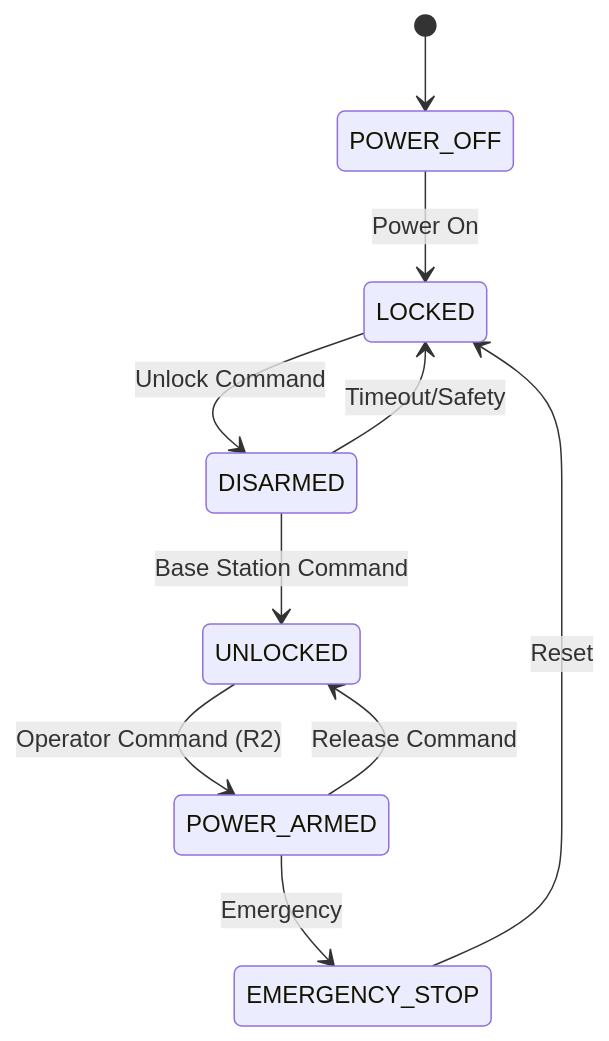
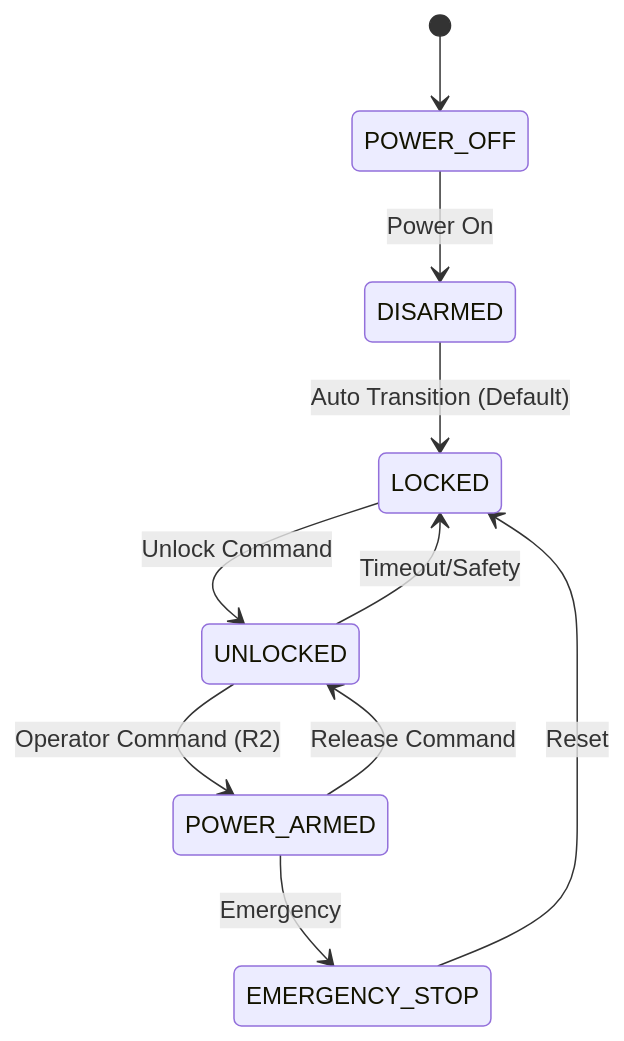
One commit to AryanRai/SIRI-Elec changed the third of 3 diagrams in README.md. Above: the diagram before and after it, drawn with Mermaid. The commit also changed other lines of this file and 4 other files, not shown here.

````diff
--- a/README.md
+++ b/README.md
@@ -298,12 +298,12 @@
 ```mermaid
 stateDiagram-v2
     [*] --> POWER_OFF
-    POWER_OFF --> LOCKED : Power On
-    LOCKED --> DISARMED : Unlock Command
-    DISARMED --> UNLOCKED : Base Station Command
-    DISARMED --> LOCKED : Timeout/Safety
+    POWER_OFF --> DISARMED : Power On
+    DISARMED --> LOCKED : Auto Transition (Default)
+    LOCKED --> UNLOCKED : Unlock Command
     UNLOCKED --> POWER_ARMED : Operator Command (R2)
+    UNLOCKED --> LOCKED : Timeout/Safety
     POWER_ARMED --> UNLOCKED : Release Command
     POWER_ARMED --> EMERGENCY_STOP : Emergency
     EMERGENCY_STOP --> LOCKED : Reset
 ```
````
